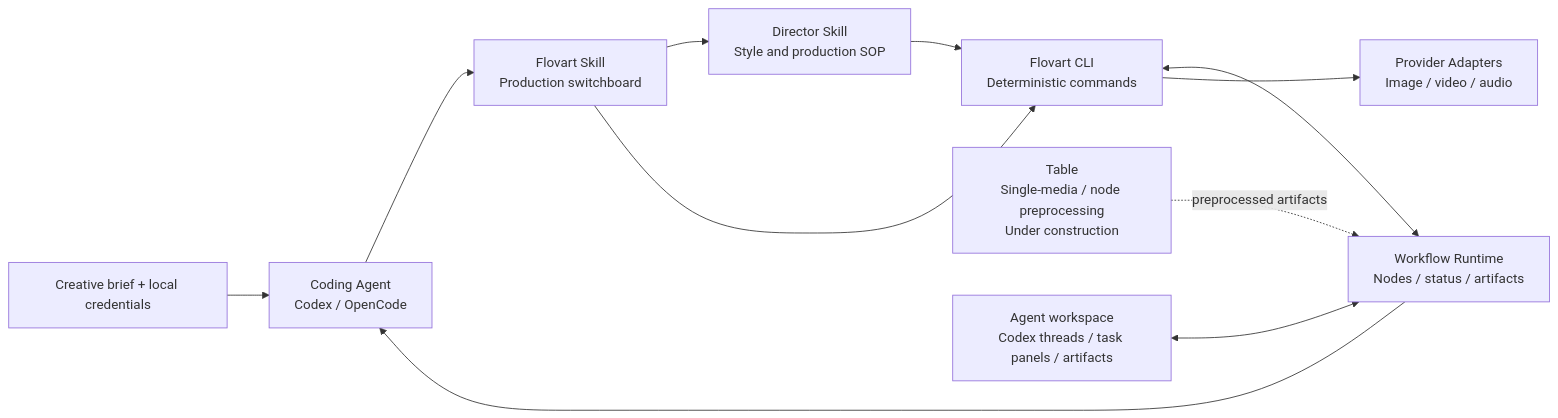
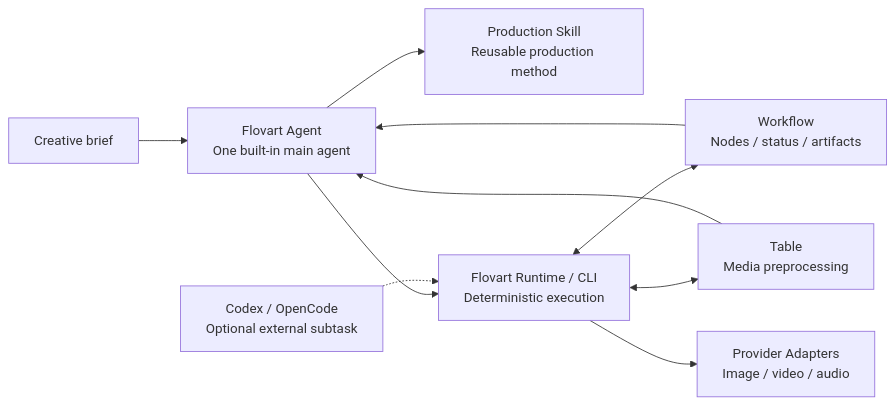
The diagram in README.en.md (Paker-kk/Flovart), drawn with Mermaid before and after one commit. The commit also changed other lines of this file and 25 other files, not shown here.

Commit message:
fix(agent): clarify text setup and unify skill language

````diff
--- a/README.en.md
+++ b/README.en.md
@@ -74,13 +74,12 @@
 ```mermaid
 flowchart LR
-  B["Creative brief + local credentials"] --> A["Coding Agent<br/>Codex / OpenCode"]
-  A --> P["Flovart Skill<br/>Production switchboard"]
-  P --> D["Director Skill<br/>Style and production SOP"]
-  P --> C["Flovart CLI<br/>Deterministic commands"]
-  D --> C
-  C <--> W["Workflow Runtime<br/>Nodes / status / artifacts"]
-  T["Table<br/>Single-media / node preprocessing<br/>Under construction"] -. "preprocessed artifacts" .-> W
-  G["Agent workspace<br/>Codex threads / task panels / artifacts"] <--> W
+  B["Creative brief"] --> A["Flovart Agent<br/>One built-in main agent"]
+  A --> S["Production Skill<br/>Reusable production method"]
+  A --> C["Flovart Runtime / CLI<br/>Deterministic execution"]
+  X["Codex / OpenCode<br/>Optional external subtask"] -.-> C
+  C <--> W["Workflow<br/>Nodes / status / artifacts"]
+  C <--> T["Table<br/>Media preprocessing"]
   C --> M["Provider Adapters<br/>Image / video / audio"]
   W --> A
+  T --> A
 ```
````
